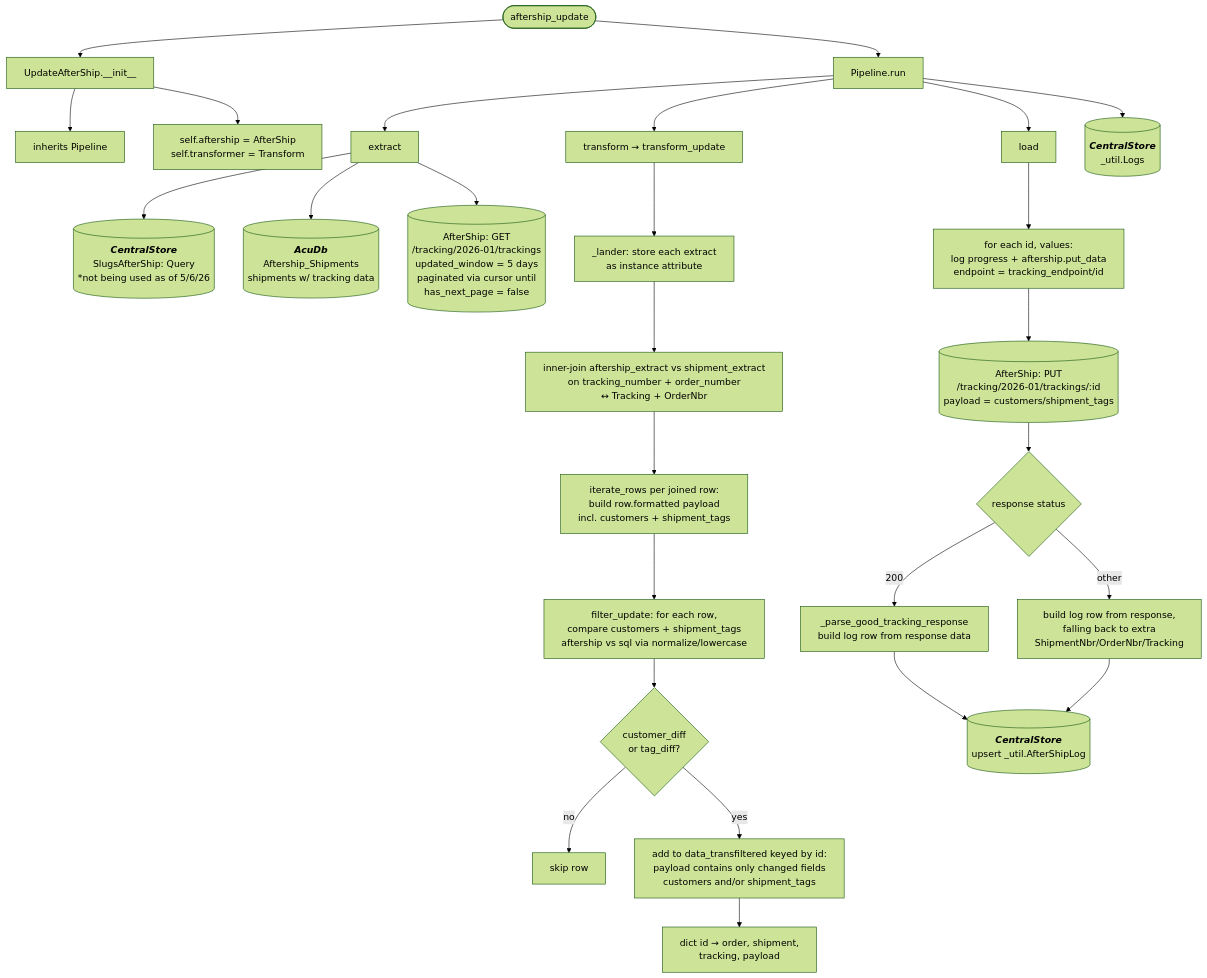
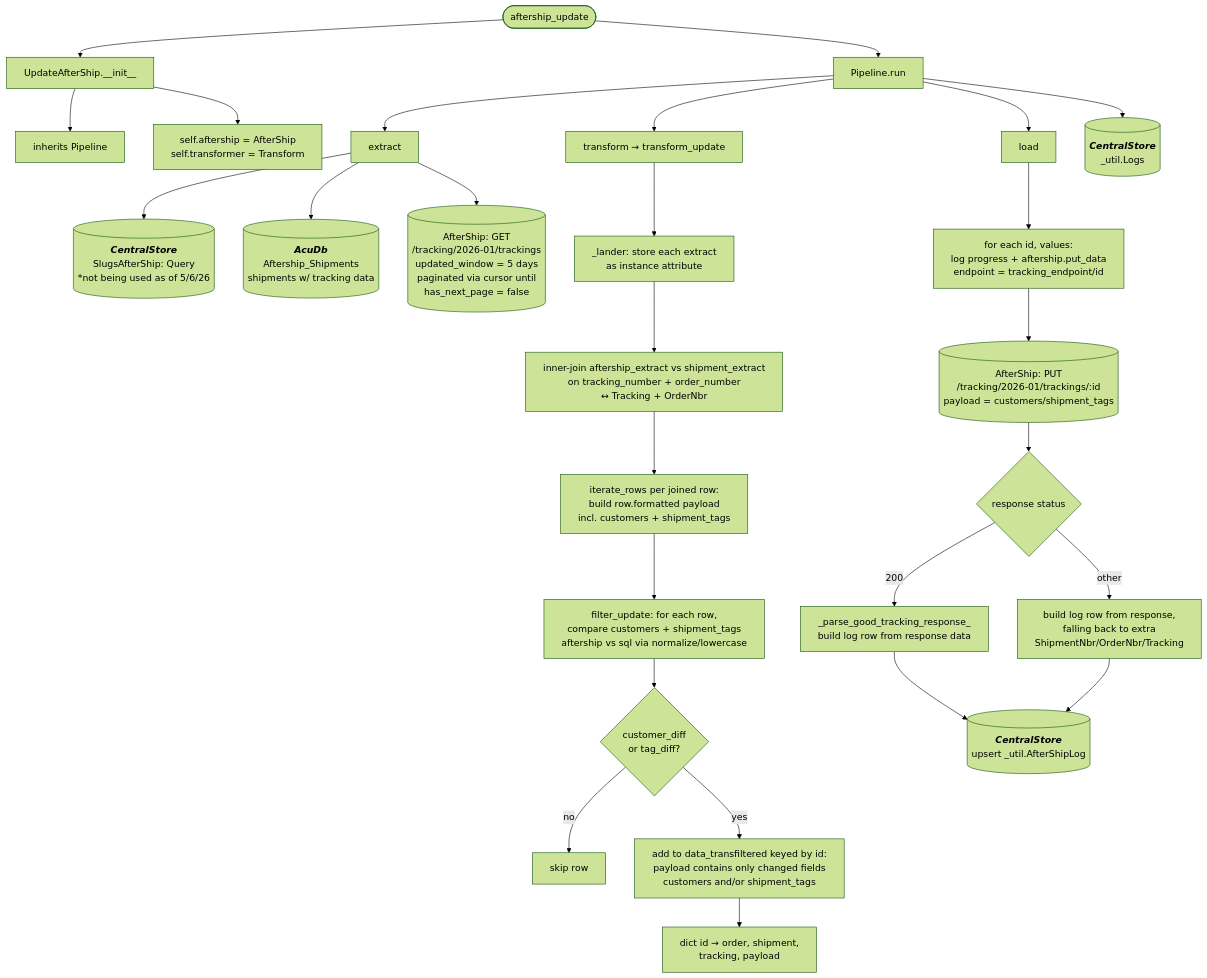
The diagram in docs/pipelines/aftership_update.md (journeyhl/integration-platform), drawn with Mermaid (forest theme) before and after one commit. The commit also changed 17 other files, not shown here.

````diff
--- a/docs/pipelines/aftership_update.md
+++ b/docs/pipelines/aftership_update.md
@@ -1,49 +1,49 @@
 ```mermaid
 %%{init: {"flowchart": {"wrappingWidth": 400}}}%%
 flowchart TD
     A([aftership_update]) --> B[UpdateAfterShip.__init__]
     B --> B1[inherits Pipeline]
     B --> B2[
         self.aftership = AfterShip
         self.transformer = Transform
     ]
     A --> RUN[Pipeline.run]
 
     RUN --> EX[extract]
     EX --> D1[(
         <b><i>CentralStore</i></b>
         SlugsAfterShip: Query
         *not being used as of 5/6/26
     )]
     EX --> D2[(
         <b><i>AcuDb</i></b>
         Aftership_Shipments<br/>shipments w/ tracking data)]
     EX --> AS1[(AfterShip: GET<br/>/tracking/2026-01/trackings<br/>updated_window = 5 days<br/>paginated via cursor until<br/>has_next_page = false)]
 
     RUN --> TR[transform → transform_update]
     TR --> T1[_lander: store each extract<br/>as instance attribute]
     T1 --> T2[inner-join aftership_extract vs shipment_extract<br/>on tracking_number + order_number<br/>↔ Tracking + OrderNbr]
     T2 --> T3[iterate_rows per joined row:<br/>build row.formatted payload<br/>incl. customers + shipment_tags]
     T3 --> T4[filter_update: for each row,<br/>compare customers + shipment_tags<br/>aftership vs sql via normalize/lowercase]
     T4 --> T5{customer_diff<br/>or tag_diff?}
     T5 -->|no| SKIP[skip row]
     T5 -->|yes| BUILD[add to data_transfiltered keyed by id:<br/>payload contains only changed fields<br/>customers and/or shipment_tags]
     BUILD --> TR_OUT[dict id → order, shipment,<br/>tracking, payload]
 
     RUN --> LD[load]
     LD --> LP[for each id, values:<br/>log progress + aftership.put_data<br/>endpoint = tracking_endpoint/id]
     LP --> ASP[(AfterShip: PUT<br/>/tracking/2026-01/trackings/:id<br/>payload = customers/shipment_tags)]
     ASP --> RESP{response status}
-    RESP -->|200| GOOD[_parse_good_tracking_response<br/>build log row from response data]
+    RESP -->|200| GOOD[_parse_good_tracking_response_<br/>build log row from response data]
     RESP -->|other| BAD[build log row from response,<br/>falling back to extra<br/>ShipmentNbr/OrderNbr/Tracking]
     GOOD --> CSL[(
         <b><i>CentralStore</i></b>
         upsert _util.AfterShipLog
     )]
     BAD --> CSL
 
     RUN --> LOGS[(
         <b><i>CentralStore</i></b>
         _util.Logs
     )]
 ```
````
